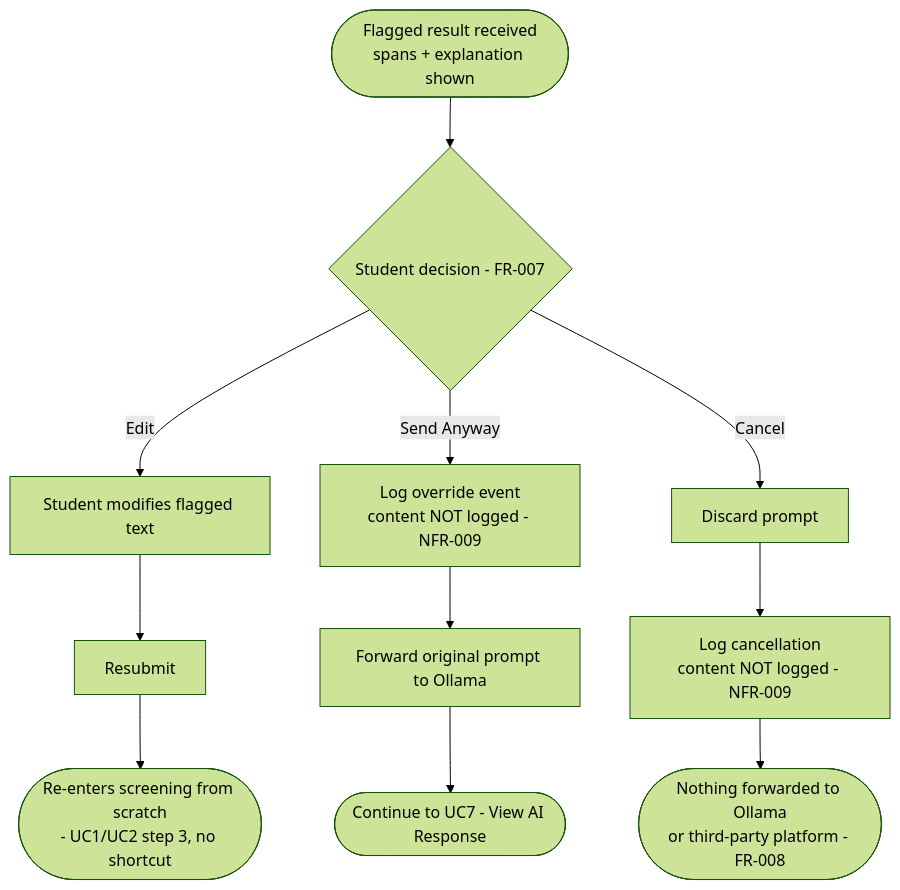
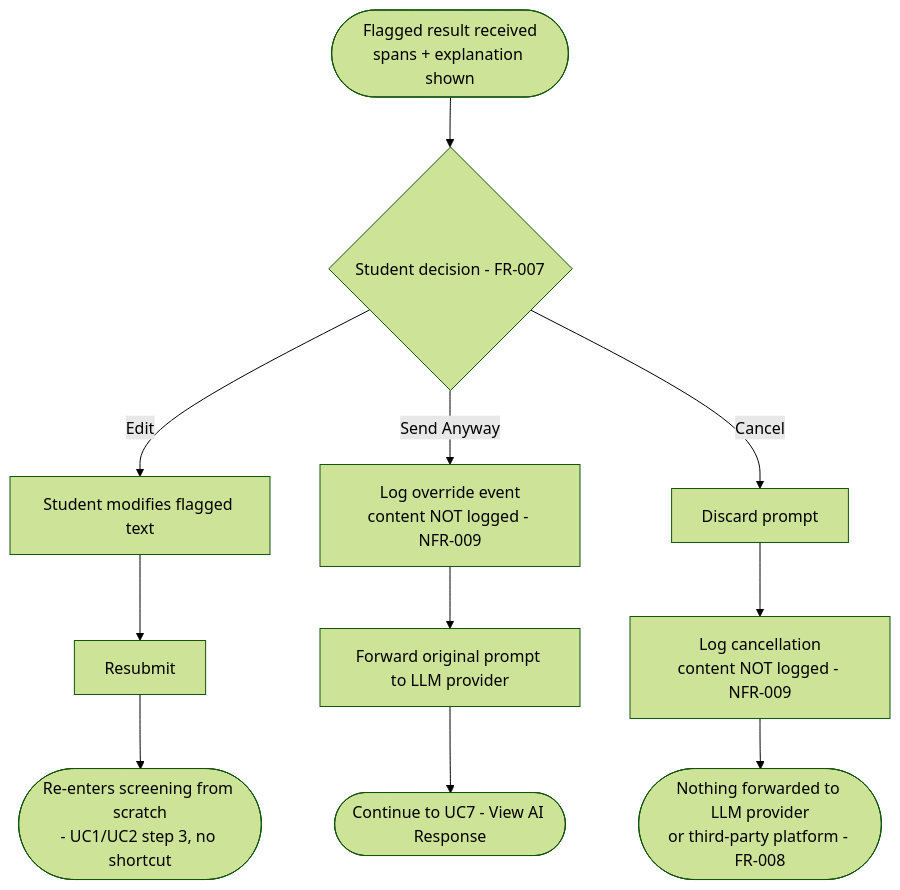
The third of 8 diagrams in docs/diagrams/ACTIVITY_DIAGRAMS.md (Skiet88/SentryPrompt), drawn with Mermaid (forest theme) before and after one commit. The commit also changed other lines of this file and 33 other files, not shown here.

First line of the commit message:
Switch LLM to a selectable provider (Groq default, Gemini, Ollama)

````diff
--- a/docs/diagrams/ACTIVITY_DIAGRAMS.md
+++ b/docs/diagrams/ACTIVITY_DIAGRAMS.md
@@ -65,13 +65,13 @@
 ```mermaid
 flowchart TD
     A([Flagged result received\nspans + explanation shown]) --> B{Student decision - FR-007}
     B -- Edit --> C[Student modifies flagged text]
     C --> D[Resubmit]
     D --> E([Re-enters screening from scratch\n- UC1/UC2 step 3, no shortcut])
     B -- Send Anyway --> F[Log override event\ncontent NOT logged - NFR-009]
-    F --> G[Forward original prompt to Ollama]
+    F --> G[Forward original prompt to LLM provider]
     G --> H([Continue to UC7 - View AI Response])
     B -- Cancel --> I[Discard prompt]
     I --> J[Log cancellation\ncontent NOT logged - NFR-009]
-    J --> K([Nothing forwarded to Ollama\nor third-party platform - FR-008])
+    J --> K([Nothing forwarded to LLM provider\nor third-party platform - FR-008])
 ```
````
